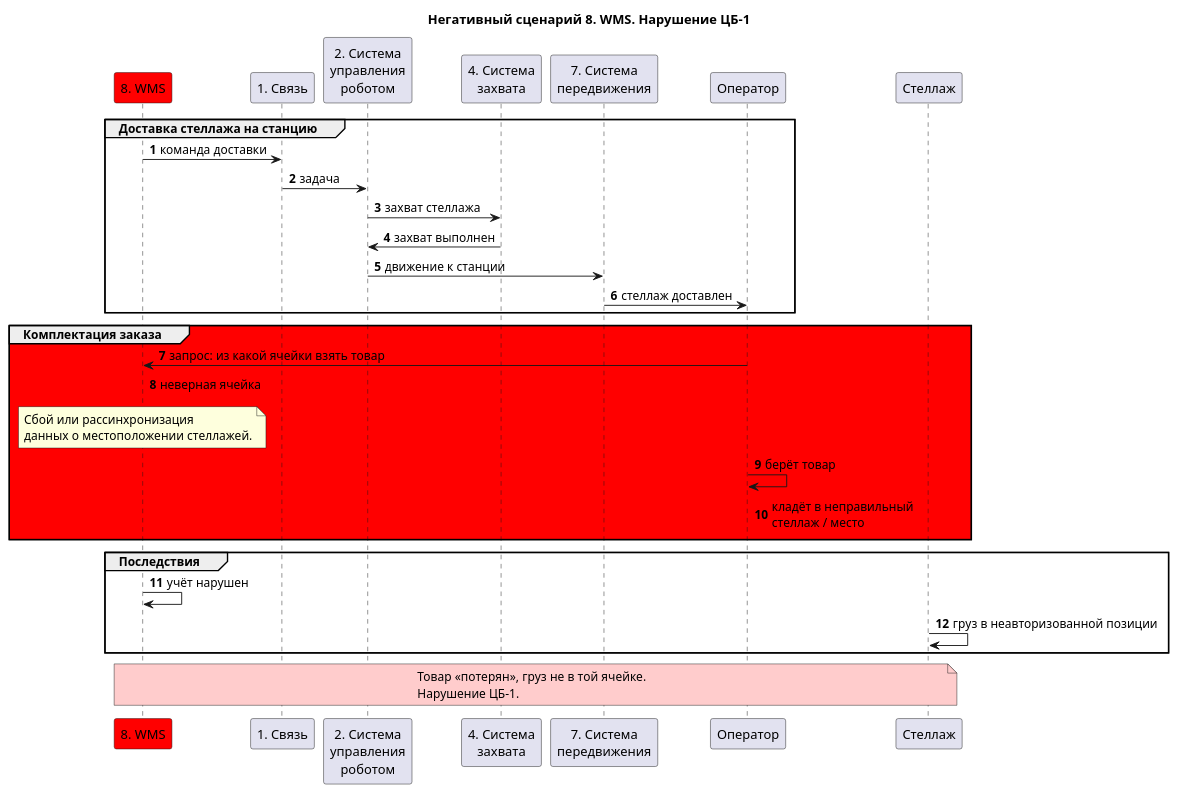
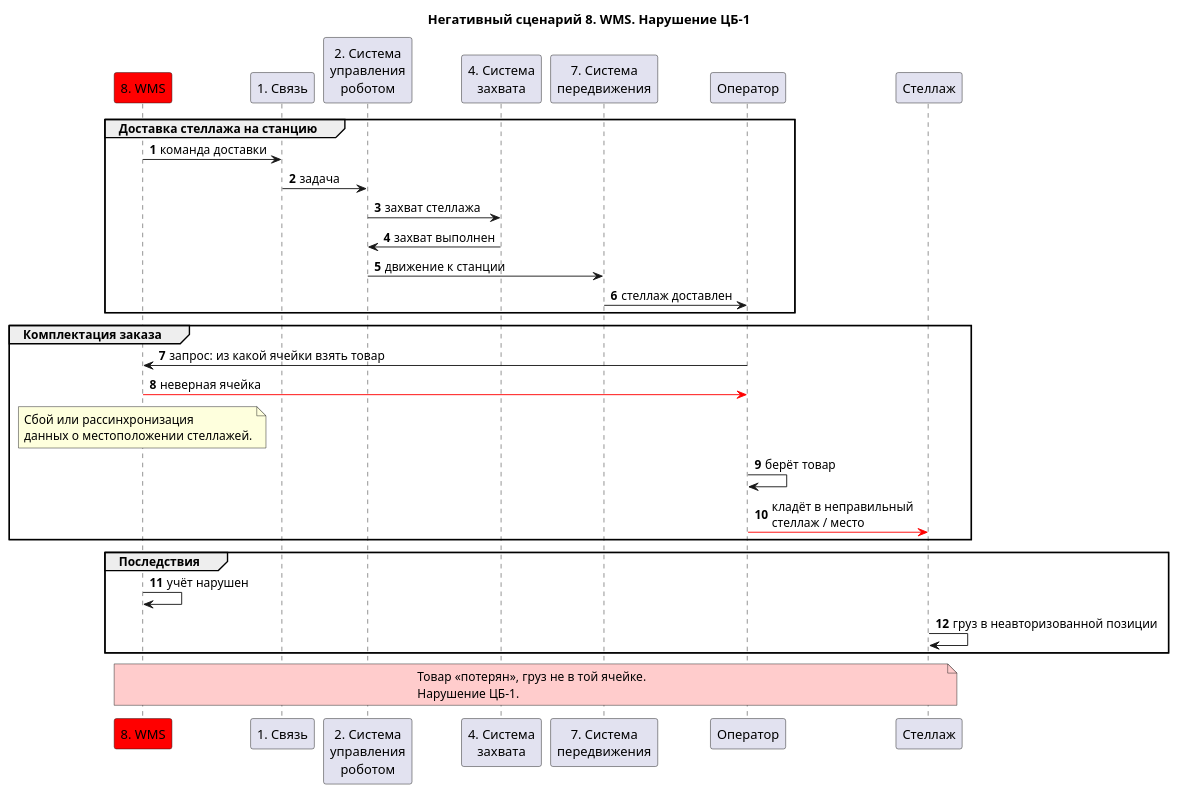
One commit to BoykovArtur/ProgrammingMethods changed the diagram in CourseWork/Description/ns/ns-08.puml. Above: the diagram before and after it, drawn with PlantUML.

```diff
--- a/CourseWork/Description/ns/ns-08.puml
+++ b/CourseWork/Description/ns/ns-08.puml
@@ -1,43 +1,42 @@
 @startuml
 title "Негативный сценарий 8. WMS. Нарушение ЦБ-1"
 
 autonumber
 participant "8. WMS" as wms #red
 participant "1. Связь" as conn
 participant "2. Система\nуправления\nроботом" as ctrl
 participant "4. Система\nзахвата" as grip
 participant "7. Система\nпередвижения" as move
 participant "Оператор" as operator
 participant "Стеллаж" as shelf
 
 group Доставка стеллажа на станцию
 wms -> conn: команда доставки
 conn -> ctrl: задача
 ctrl -> grip: захват стеллажа
 grip -> ctrl: захват выполнен
 ctrl -> move: движение к станции
 move -> operator: стеллаж доставлен
 end
 
-group #red Комплектация заказа
+group Комплектация заказа
 operator -> wms: запрос: из какой ячейки взять товар
 wms -[#red]> operator: неверная ячейка
 note over wms
   Сбой или рассинхронизация
   данных о местоположении стеллажей.
 end note
 operator -> operator: берёт товар
 operator -[#red]> shelf: кладёт в неправильный\nстеллаж / место
 end
 
 group Последствия
 wms -> wms: учёт нарушен
 shelf -> shelf: груз в неавторизованной позиции
 end
 
 note over wms, shelf #FFCCCC
   Товар «потерян», груз не в той ячейке.
   Нарушение ЦБ-1.
 end note
-
 @enduml
```
